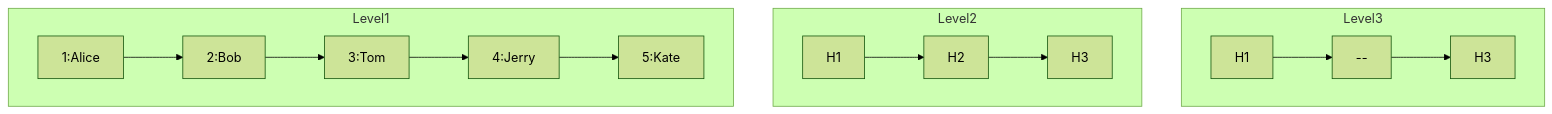
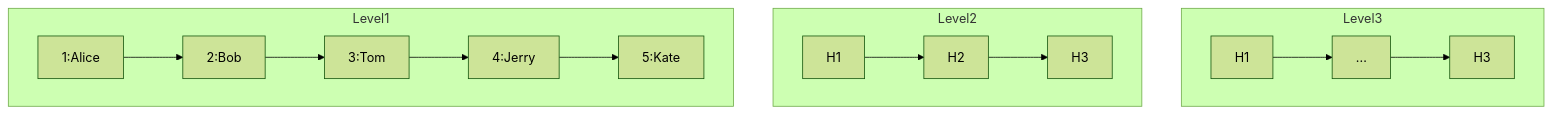
Before and after one commit to kane201x/javadoc: the first of 14 diagrams in 09-redis/README.md, drawn with Mermaid (forest theme). The commit also changed other lines of this file and 12 other files, not shown here.

First line of the commit message:
fix: correct mermaid diagram syntax across all modules

````diff
--- a/09-redis/README.md
+++ b/09-redis/README.md
@@ -123,12 +123,12 @@
 ```mermaid
 graph TB
     subgraph Level3
-        L3_1["H1"] --> L3_2["--"] --> L3_3["H3"]
+        L3_1["H1"] --> L3_2["..."] --> L3_3["H3"]
     end
     subgraph Level2
         L2_1["H1"] --> L2_2["H2"] --> L2_3["H3"]
     end
     subgraph Level1
         L1_1["1:Alice"] --> L1_2["2:Bob"] --> L1_3["3:Tom"] --> L1_4["4:Jerry"] --> L1_5["5:Kate"]
     end
 ```
````
